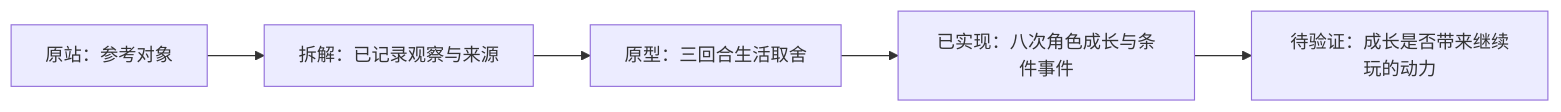
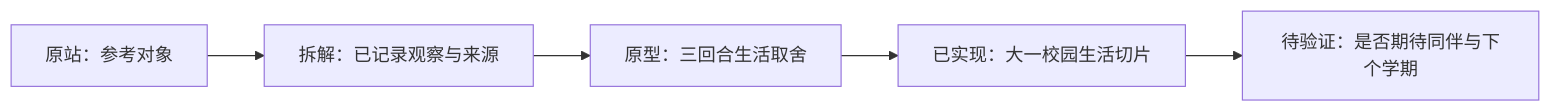
One commit to yuki-uix/life-sim-product-study changed the diagram in README.md. Above: the diagram before and after it, drawn with Mermaid. The commit also changed other lines of this file and 15 other files, not shown here.

````diff
--- a/README.md
+++ b/README.md
@@ -24,7 +25,7 @@
 ```mermaid
 flowchart LR
     A[原站：参考对象] --> B[拆解：已记录观察与来源]
     B --> C[原型：三回合生活取舍]
-    C --> D[已实现：八次角色成长与条件事件]
-    D --> E[待验证：成长是否带来继续玩的动力]
+    C --> D[已实现：大一校园生活切片]
+    D --> E[待验证：是否期待同伴与下个学期]
 ```
````
